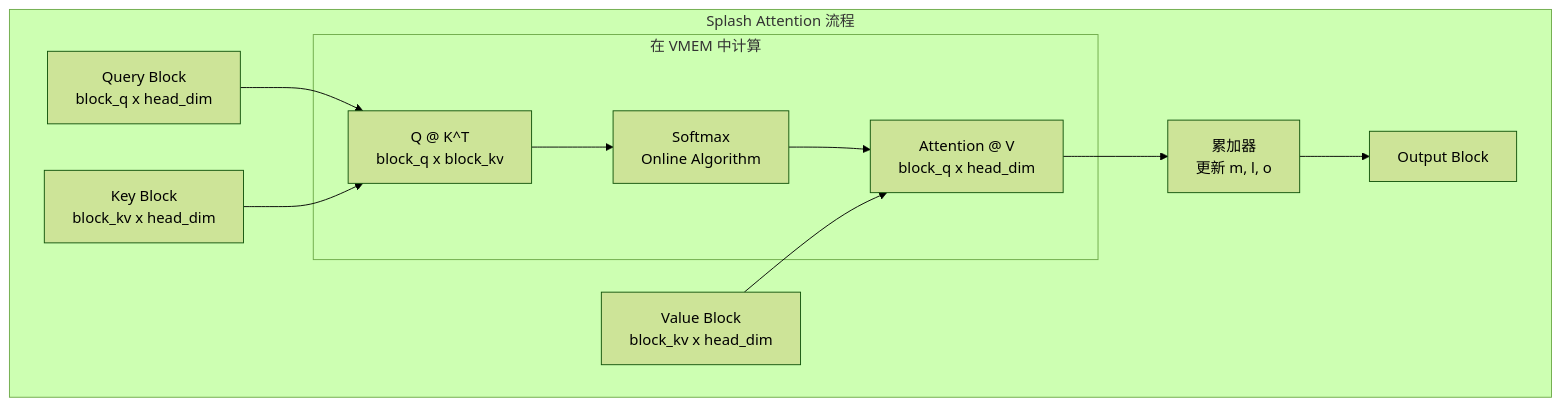
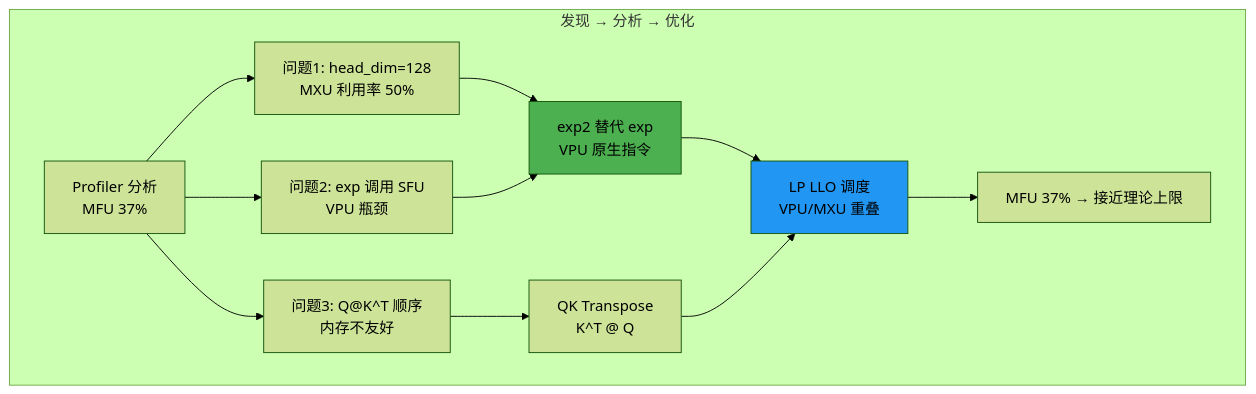
Before and after one commit to yangwhale/gpu-tpu-pedia: the eighth of 16 diagrams in tpu/Wan2.2/wan_tpu_optimization_guide.md, drawn with Mermaid (forest theme). The commit also changed other lines of this file, not shown here.

First line of the commit message:
深度重写第四、五章：Splash Attention 内核优化与 VAE Torchax 并行设计

````diff
--- a/tpu/Wan2.2/wan_tpu_optimization_guide.md
+++ b/tpu/Wan2.2/wan_tpu_optimization_guide.md
@@ -389,23 +439,26 @@
 ```mermaid
 graph TB
-    subgraph "Splash Attention 流程"
-        Q[Query Block<br/>block_q x head_dim]
-        K[Key Block<br/>block_kv x head_dim]
-        V[Value Block<br/>block_kv x head_dim]
+    subgraph "发现 → 分析 → 优化"
+        P1[Profiler 分析<br/>MFU 37%]
         
-        subgraph "在 VMEM 中计算"
-            QK[Q @ K^T<br/>block_q x block_kv]
-            SOFT[Softmax<br/>Online Algorithm]
-            SV[Attention @ V<br/>block_q x head_dim]
-        end
+        A1[问题1: head_dim=128<br/>MXU 利用率 50%]
+        A2[问题2: exp 调用 SFU<br/>VPU 瓶颈]
+        A3[问题3: Q@K^T 顺序<br/>内存不友好]
         
-        ACC[累加器<br/>更新 m, l, o]
-        OUT[Output Block]
+        O1[exp2 替代 exp<br/>VPU 原生指令]
+        O2[QK Transpose<br/>K^T @ Q]
+        O3[LP LLO 调度<br/>VPU/MXU 重叠]
+        
+        R[MFU 37% → 接近理论上限]
     end
     
-    Q --> QK
-    K --> QK
-    QK --> SOFT --> SV
-    V --> SV
-    SV --> ACC --> OUT
+    P1 --> A1 & A2 & A3
+    A1 --> O1
+    A2 --> O1
+    A3 --> O2
+    O1 & O2 --> O3
+    O3 --> R
+    
+    style O1 fill:#4caf50
+    style O3 fill:#2196f3
 ```
````
